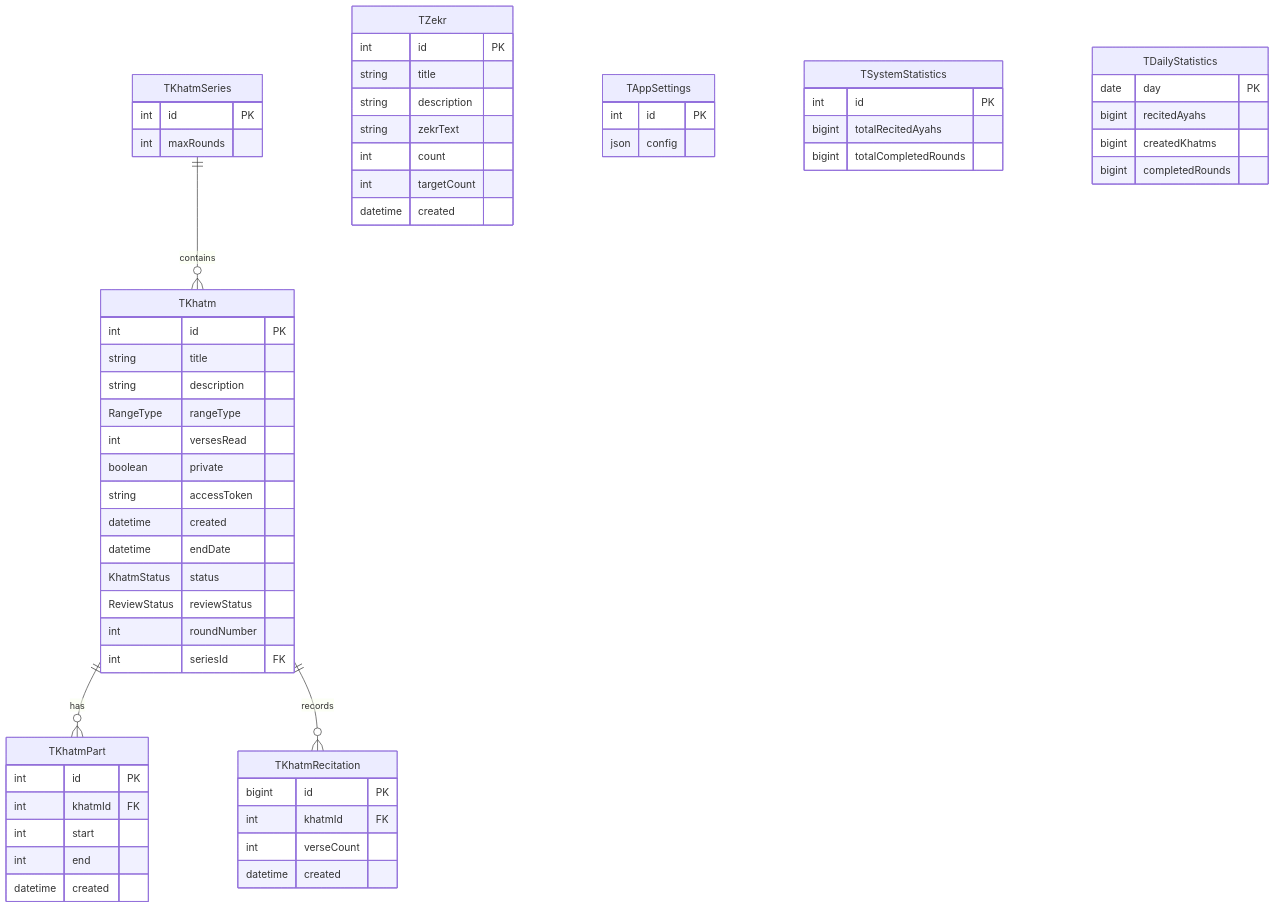
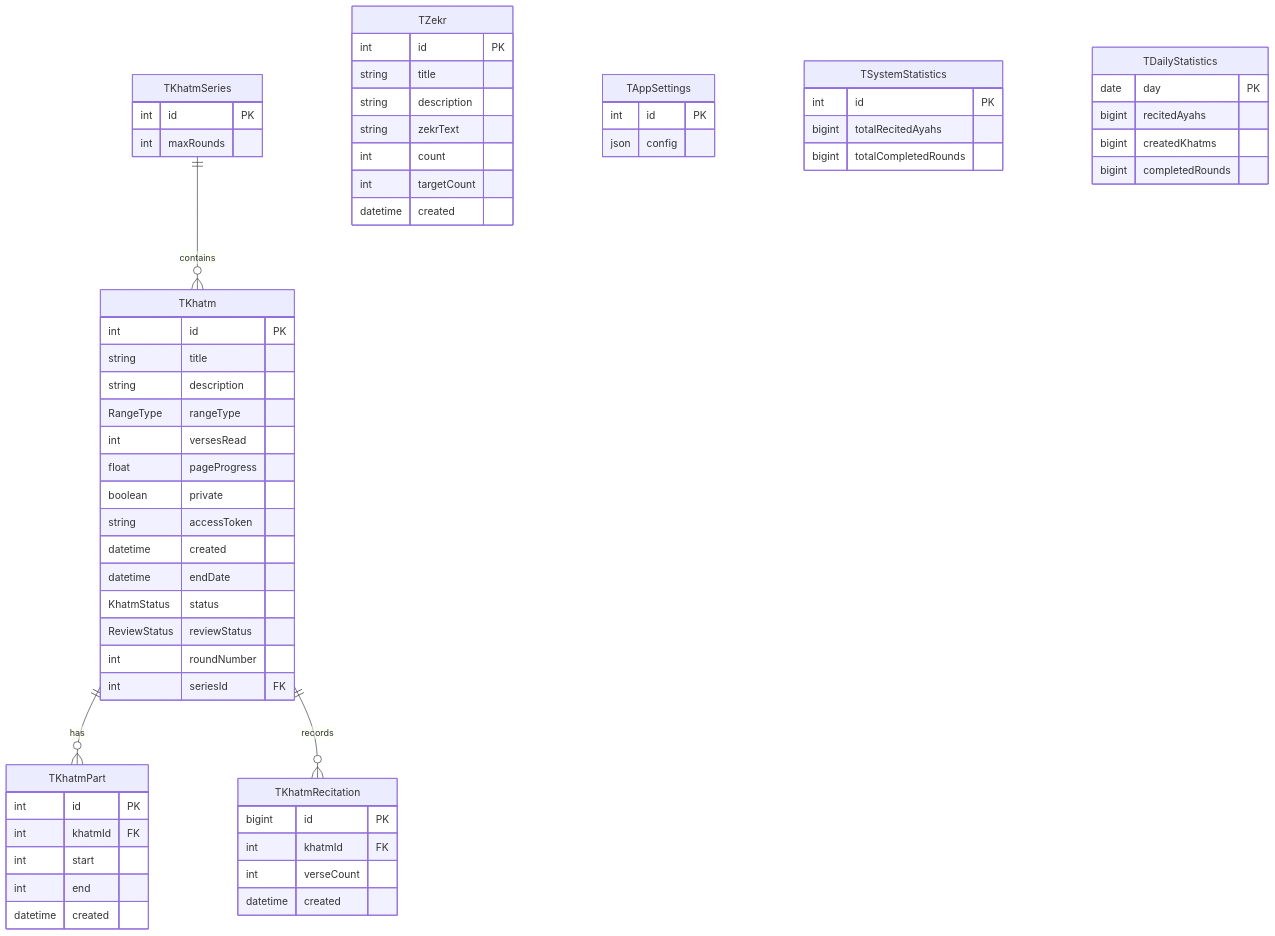
One commit to sabereen/dorkhani changed the fourth of 4 diagrams in ARCHITECTURE.md. Above: the diagram before and after it, drawn with Mermaid. The commit also changed other lines of this file and 23 other files, not shown here.

Commit message:
feat: persist page-based khatm progress

````diff
--- a/ARCHITECTURE.md
+++ b/ARCHITECTURE.md
@@ -274,62 +274,63 @@
 ```mermaid
 erDiagram
     TKhatmSeries ||--o{ TKhatm : contains
     TKhatm ||--o{ TKhatmPart : has
     TKhatm ||--o{ TKhatmRecitation : records
     TKhatmSeries {
         int id PK
         int maxRounds
     }
     TKhatm {
         int id PK
         string title
         string description
         RangeType rangeType
         int versesRead
+        float pageProgress
         boolean private
         string accessToken
         datetime created
         datetime endDate
         KhatmStatus status
         ReviewStatus reviewStatus
         int roundNumber
         int seriesId FK
     }
     TKhatmPart {
         int id PK
         int khatmId FK
         int start
         int end
         datetime created
     }
     TKhatmRecitation {
         bigint id PK
         int khatmId FK
         int verseCount
         datetime created
     }
     TZekr {
         int id PK
         string title
         string description
         string zekrText
         int count
         int targetCount
         datetime created
     }
     TAppSettings {
         int id PK
         json config
     }
     TSystemStatistics {
         int id PK
         bigint totalRecitedAyahs
         bigint totalCompletedRounds
     }
     TDailyStatistics {
         date day PK
         bigint recitedAyahs
         bigint createdKhatms
         bigint completedRounds
     }
 ```
````
